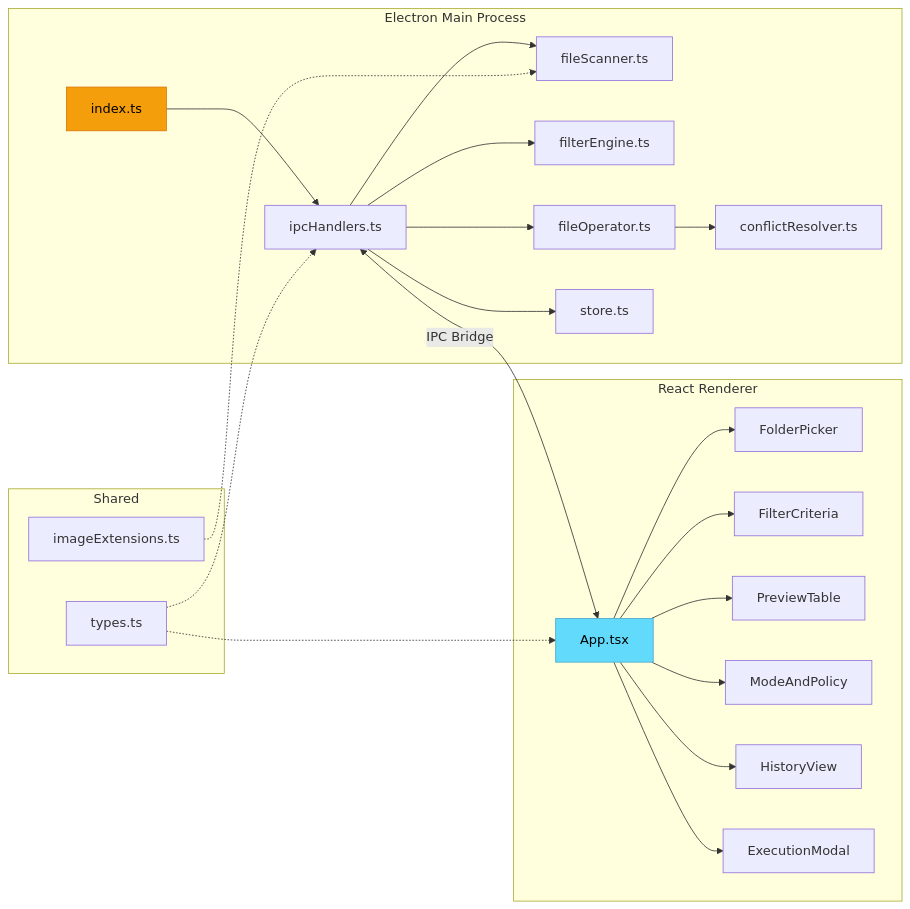
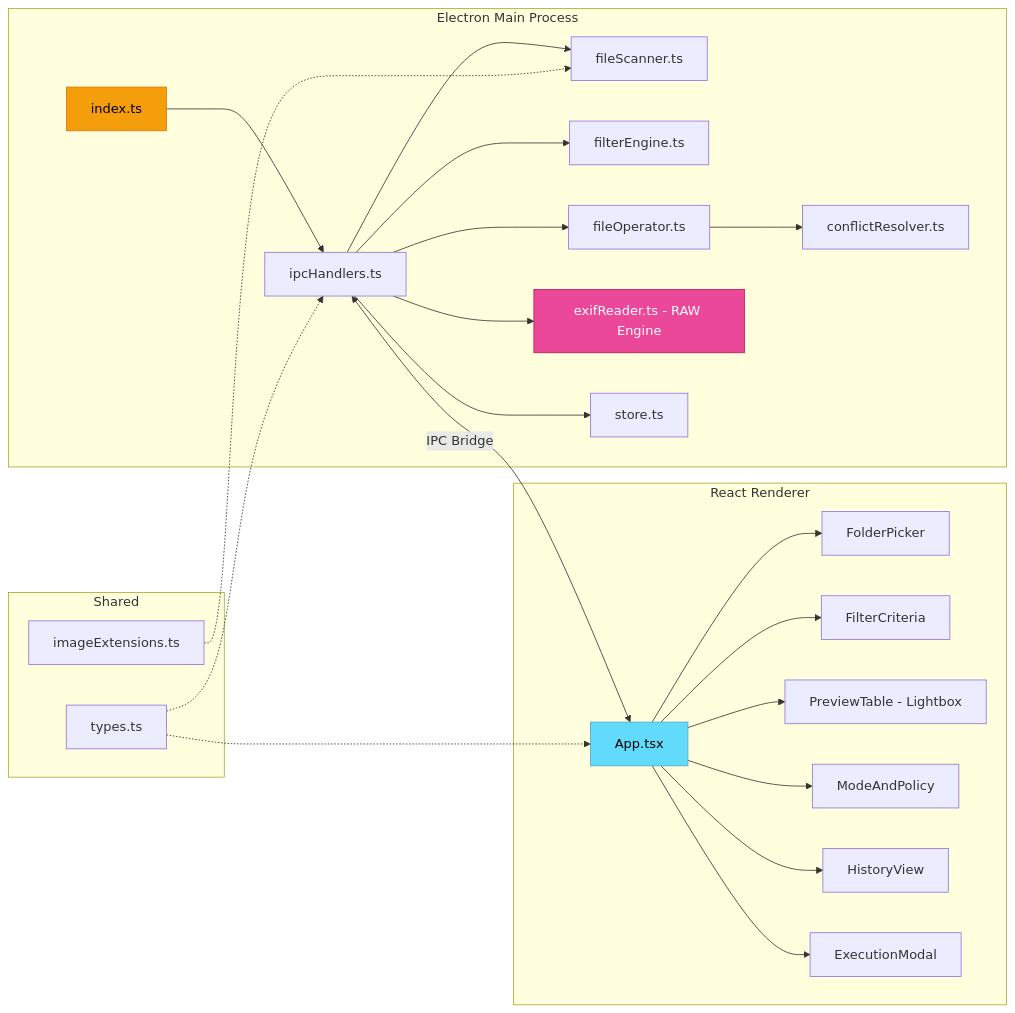
Before and after one commit to duongthaitan/ShutterFilter: the third of 4 diagrams in README.md, drawn with Mermaid. The commit also changed other lines of this file, not shown here.

Commit message:
docs: upgrade README.md with High-Res RAW Preview Engine specs, Mermaid flowcharts, and Studio Lightbox UI details

````diff
--- a/README.md
+++ b/README.md
@@ -142,33 +177,35 @@
 ```mermaid
 graph LR
     subgraph Electron Main Process
         A[index.ts] --> B[ipcHandlers.ts]
         B --> C[fileScanner.ts]
         B --> D[filterEngine.ts]
         B --> E[fileOperator.ts]
+        B --> R[exifReader.ts - RAW Engine]
         E --> F[conflictResolver.ts]
         B --> G[store.ts]
     end
 
     subgraph React Renderer
         H[App.tsx] --> I[FolderPicker]
         H --> J[FilterCriteria]
-        H --> K[PreviewTable]
+        H --> K[PreviewTable - Lightbox]
         H --> L[ModeAndPolicy]
         H --> M[HistoryView]
         H --> N[ExecutionModal]
     end
 
     subgraph Shared
         O[types.ts]
         P[imageExtensions.ts]
     end
 
     B <-->|IPC Bridge| H
     O -.-> B
     O -.-> H
     P -.-> C
 
     style A fill:#f59e0b,stroke:#d97706,color:#000
+    style R fill:#ec4899,stroke:#be185d,color:#fff
     style H fill:#61dafb,stroke:#4fa8c9,color:#000
 ```
````
